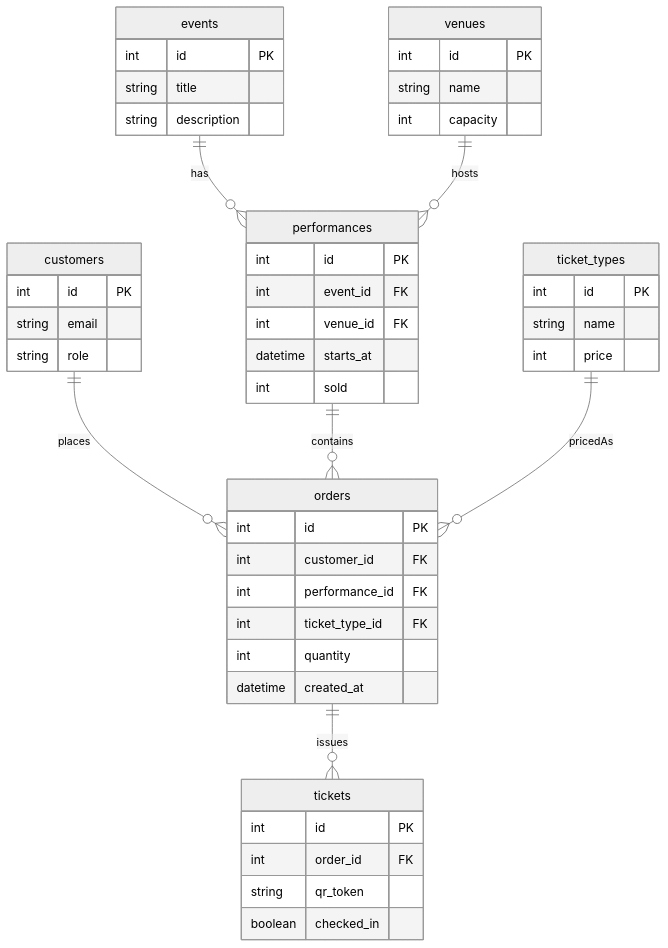
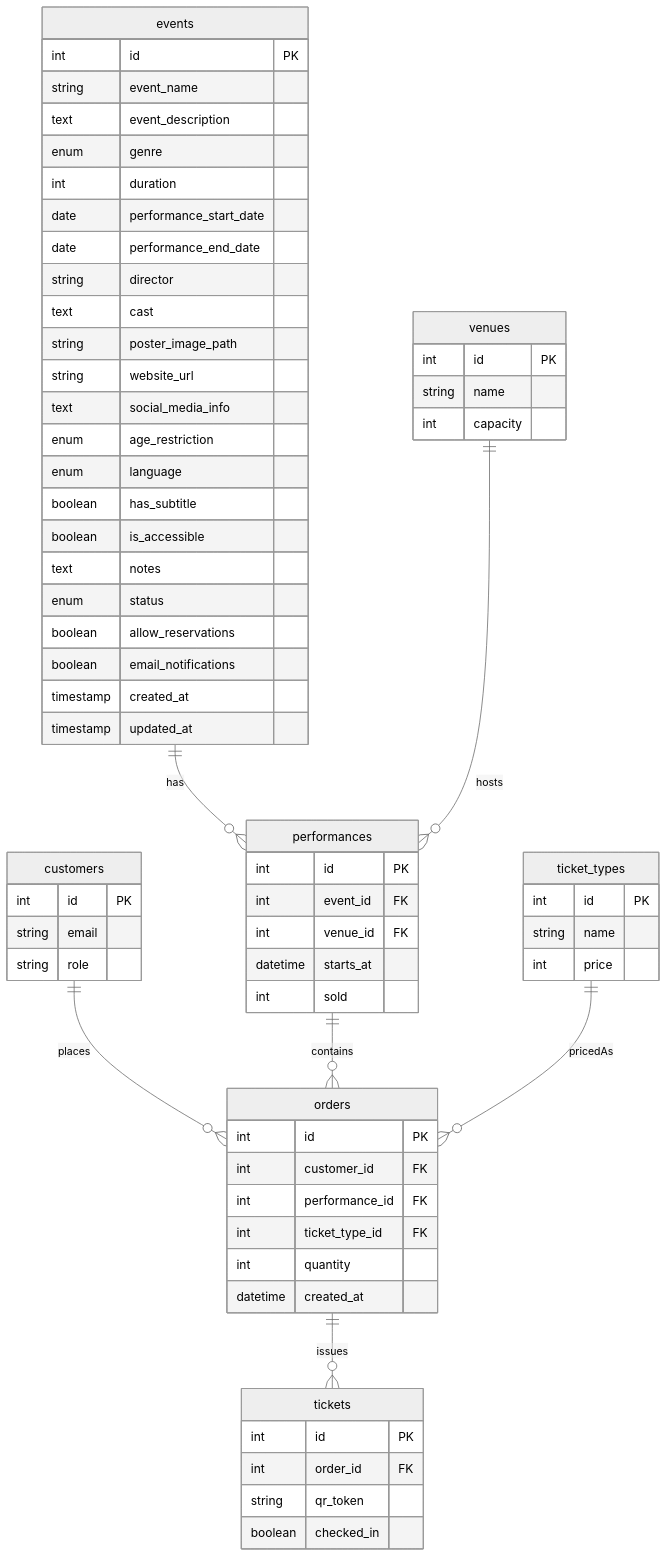
The diagram in documents/DB テーブル定義一覧 (MVP).md (ymurai/project_ticket), drawn with Mermaid (neutral theme) before and after one commit. The commit also changed other lines of this file and 10 other files, not shown here.

````diff
--- a/documents/DB テーブル定義一覧 (MVP).md
+++ b/documents/DB テーブル定義一覧 (MVP).md
@@ -27,56 +39,75 @@
 ```mermaid
 erDiagram
   customers ||--o{ orders : places
   customers {
     int id PK
     string email
     string role
   }
 
   events ||--o{ performances : has
   events {
     int id PK
-    string title
-    string description
+    string event_name
+    text event_description
+    enum genre
+    int duration
+    date performance_start_date
+    date performance_end_date
+    string director
+    text cast
+    string poster_image_path
+    string website_url
+    text social_media_info
+    enum age_restriction
+    enum language
+    boolean has_subtitle
+    boolean is_accessible
+    text notes
+    enum status
+    boolean allow_reservations
+    boolean email_notifications
+    timestamp created_at
+    timestamp updated_at
   }
 
   venues ||--o{ performances : hosts
   venues {
     int id PK
     string name
     int capacity
   }
 
   performances ||--o{ orders : contains
   performances {
     int id PK
     int event_id FK
     int venue_id FK
     datetime starts_at
     int sold
   }
 
   ticket_types ||--o{ orders : pricedAs
   ticket_types {
     int id PK
     string name
     int price
   }
 
   orders ||--o{ tickets : issues
   orders {
     int id PK
     int customer_id FK
     int performance_id FK
     int ticket_type_id FK
     int quantity
     datetime created_at
   }
 
   tickets {
     int id PK
     int order_id FK
     string qr_token
     boolean checked_in
   }
 ```
````
